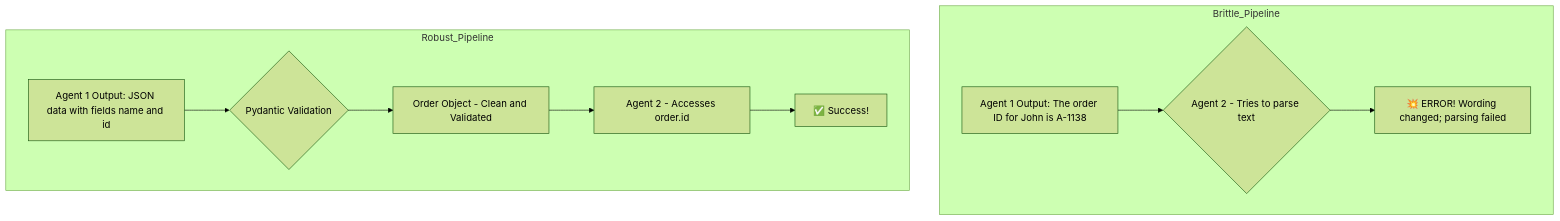
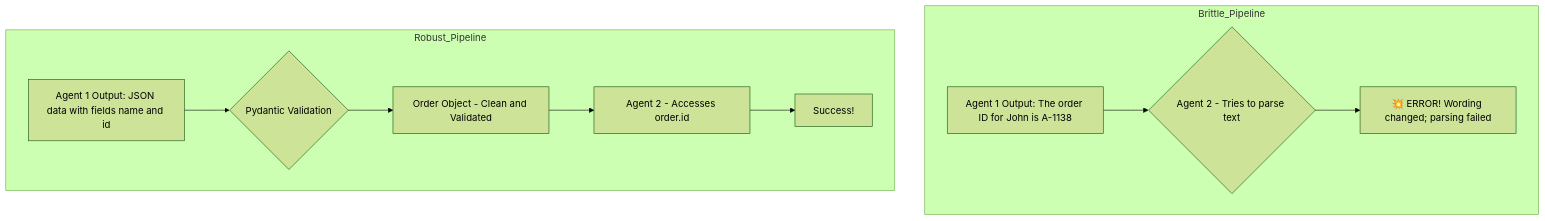
The second of 2 diagrams in src/content/docs/context/ai-path-docs/chapter-2/5-structured-output.md (Ashjha75/MyDocs), drawn with Mermaid before and after one commit. The commit also changed 16 other files, not shown here.

````diff
--- a/src/content/docs/context/ai-path-docs/chapter-2/5-structured-output.md
+++ b/src/content/docs/context/ai-path-docs/chapter-2/5-structured-output.md
@@ -225,18 +225,18 @@
 ```mermaid
 ---
 config:
   theme: forest
 ---
 graph TD
 subgraph Brittle_Pipeline 
 A1[Agent 1 Output: The order ID for John is A-1138] --> B1{Agent 2 - Tries to parse text}
 B1 --> C1[💥 ERROR! Wording changed; parsing failed]
 end
 subgraph Robust_Pipeline 
 A2[Agent 1 Output: JSON data with fields name and id] --> B2{Pydantic Validation}
 B2 --> C2[Order Object - Clean and Validated]
 C2 --> D2[Agent 2 - Accesses order.id]
-D2 --> E2[✅ Success!]
+D2 --> E2[ Success!]
 end
 
 ```
````
